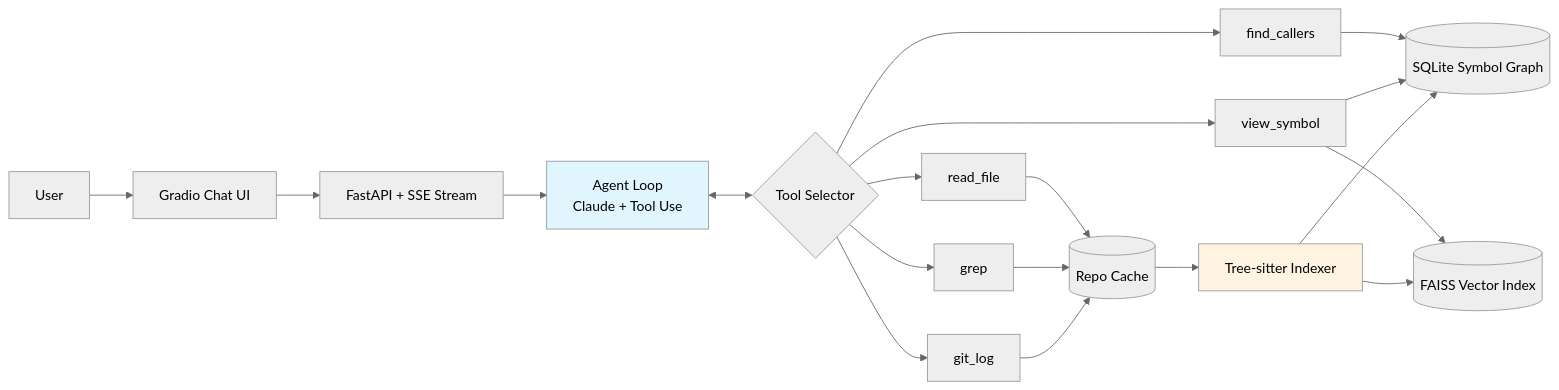
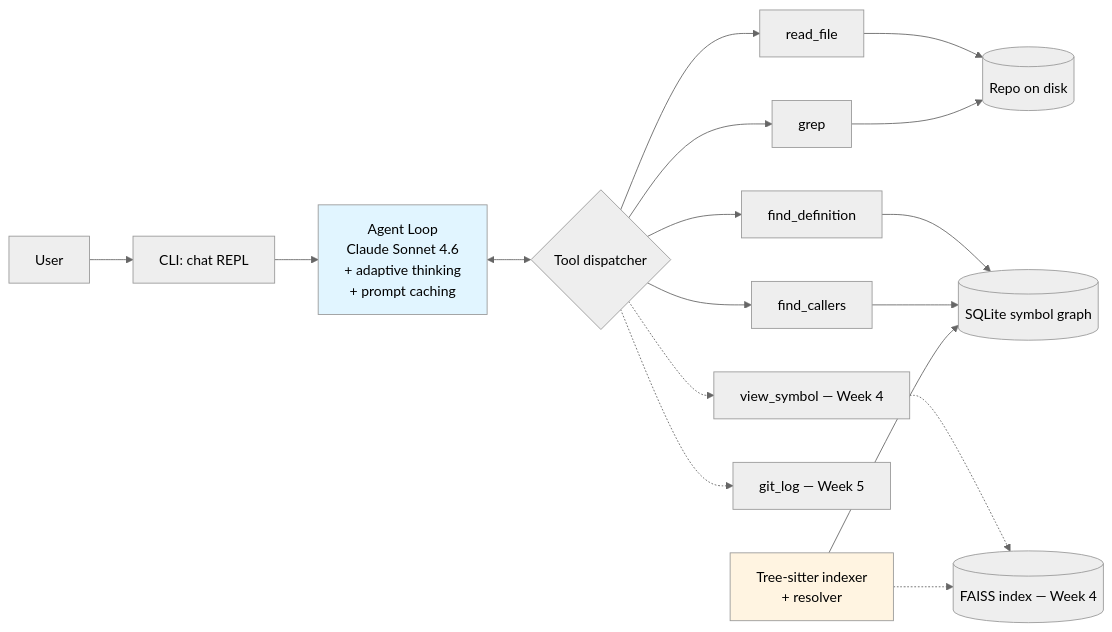
One commit to Kasho323/codebase-explainer-agent changed the diagram in README.md. Above: the diagram before and after it, drawn with Mermaid (neutral theme). The commit also changed other lines of this file, not shown here.

First line of the commit message:
Close out Week 3 in README and roadmap

````diff
--- a/README.md
+++ b/README.md
@@ -37,27 +37,25 @@
 ```mermaid
 graph LR
-    User[User] --> UI[Gradio Chat UI]
-    UI --> API[FastAPI + SSE Stream]
-    API --> Agent[Agent Loop<br/>Claude + Tool Use]
+    User[User] --> CLI[CLI: chat REPL]
+    CLI --> Agent[Agent Loop<br/>Claude Sonnet 4.6<br/>+ adaptive thinking<br/>+ prompt caching]
 
-    Agent <--> Tools{Tool Selector}
+    Agent <--> Tools{Tool dispatcher}
     Tools --> T1[read_file]
     Tools --> T2[grep]
-    Tools --> T3[find_callers]
-    Tools --> T4[view_symbol]
-    Tools --> T5[git_log]
+    Tools --> T3[find_definition]
+    Tools --> T4[find_callers]
+    Tools -.-> T5[view_symbol — Week 4]
+    Tools -.-> T6[git_log — Week 5]
 
-    T1 --> Cache[(Repo Cache)]
-    T2 --> Cache
-    T3 --> Symbols[(SQLite Symbol Graph)]
+    T1 --> Files[(Repo on disk)]
+    T2 --> Files
+    T3 --> Symbols[(SQLite symbol graph)]
     T4 --> Symbols
-    T4 --> Vectors[(FAISS Vector Index)]
-    T5 --> Cache
+    T5 -.-> Vectors[(FAISS index — Week 4)]
 
-    Indexer[Tree-sitter Indexer] --> Symbols
-    Indexer --> Vectors
-    Cache --> Indexer
+    Indexer[Tree-sitter indexer<br/>+ resolver] --> Symbols
+    Indexer -.-> Vectors
 
     style Agent fill:#e1f5ff
     style Indexer fill:#fff4e1
 ```
````
